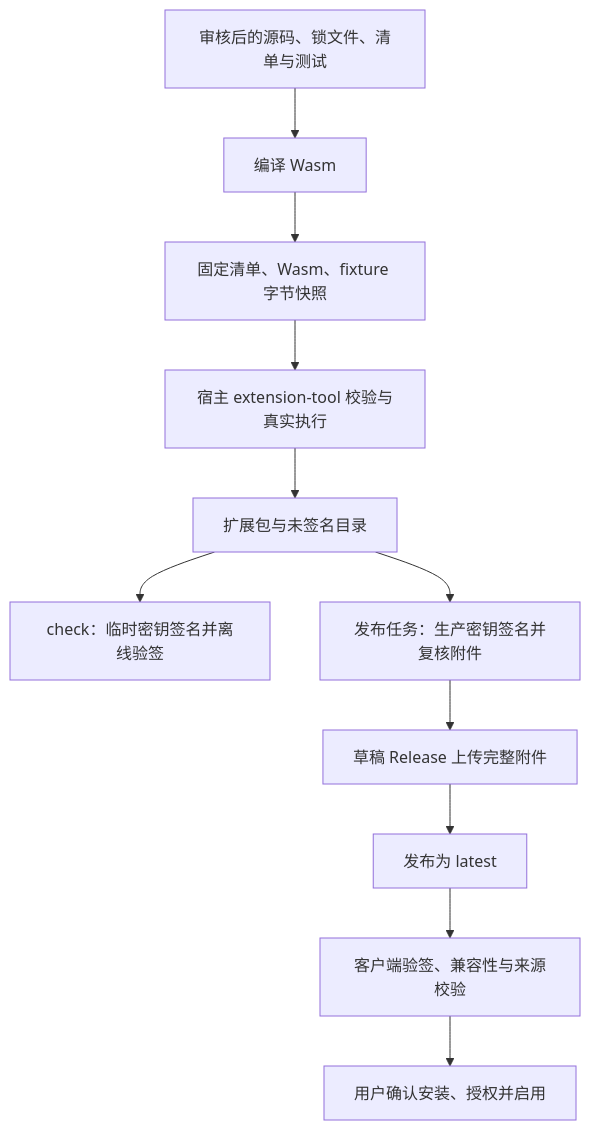
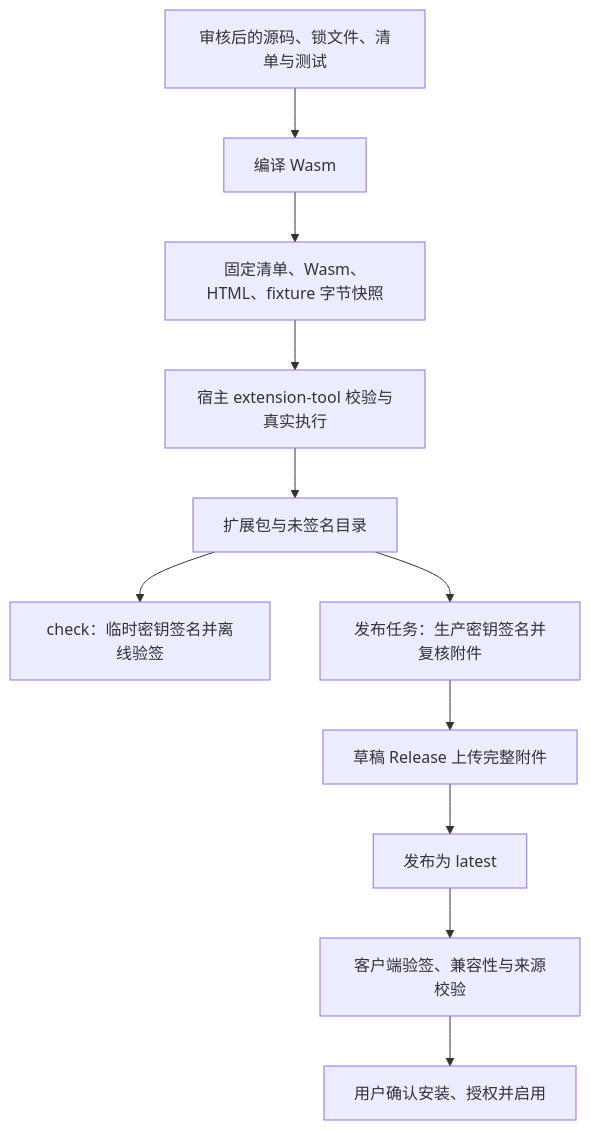
One commit to YanChao001/tauri-desktop-starter-extensions changed the diagram in docs/architecture.md. Above: the diagram before and after it, drawn with Mermaid. The commit also changed other lines of this file and 34 other files, not shown here.

````diff
--- a/docs/architecture.md
+++ b/docs/architecture.md
@@ -9,13 +9,13 @@
 ```mermaid
 flowchart TD
   S[审核后的源码、锁文件、清单与测试] --> B[编译 Wasm]
-  B --> F[固定清单、Wasm、fixture 字节快照]
+  B --> F[固定清单、Wasm、HTML、fixture 字节快照]
   F --> H[宿主 extension-tool 校验与真实执行]
   H --> U[扩展包与未签名目录]
   U --> C[check：临时密钥签名并离线验签]
   U --> P[发布任务：生产密钥签名并复核附件]
   P --> D[草稿 Release 上传完整附件]
   D --> L[发布为 latest]
   L --> V[客户端验签、兼容性与来源校验]
   V --> I[用户确认安装、授权并启用]
 ```
````
